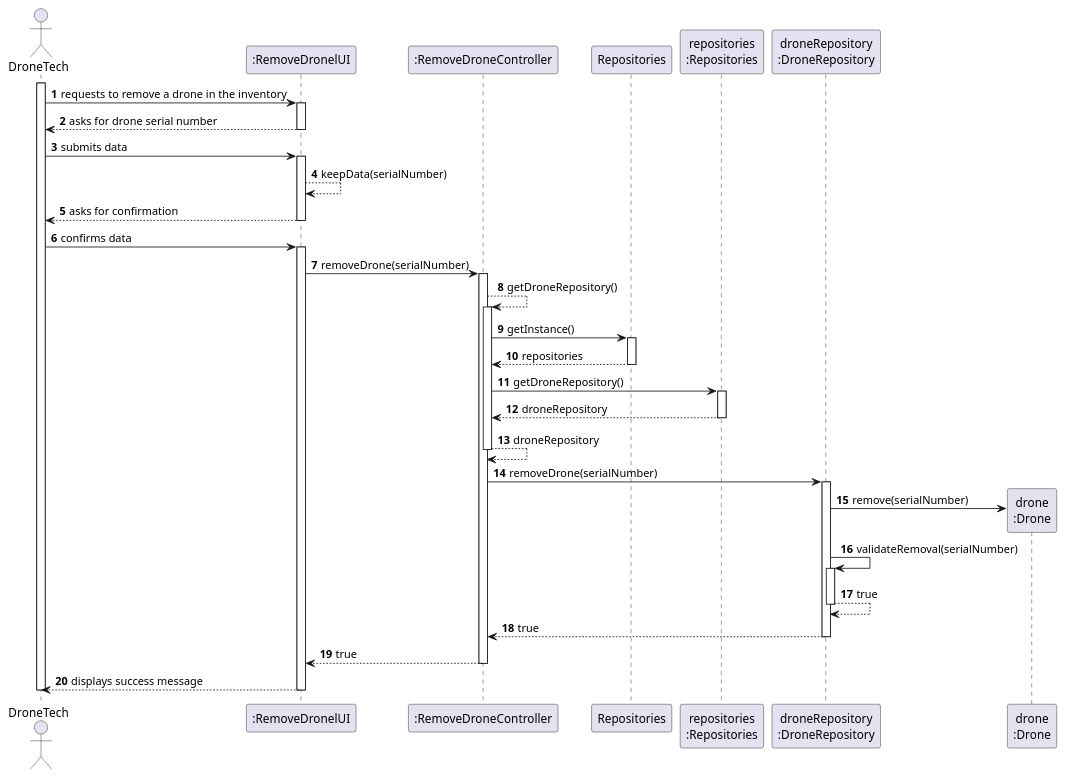
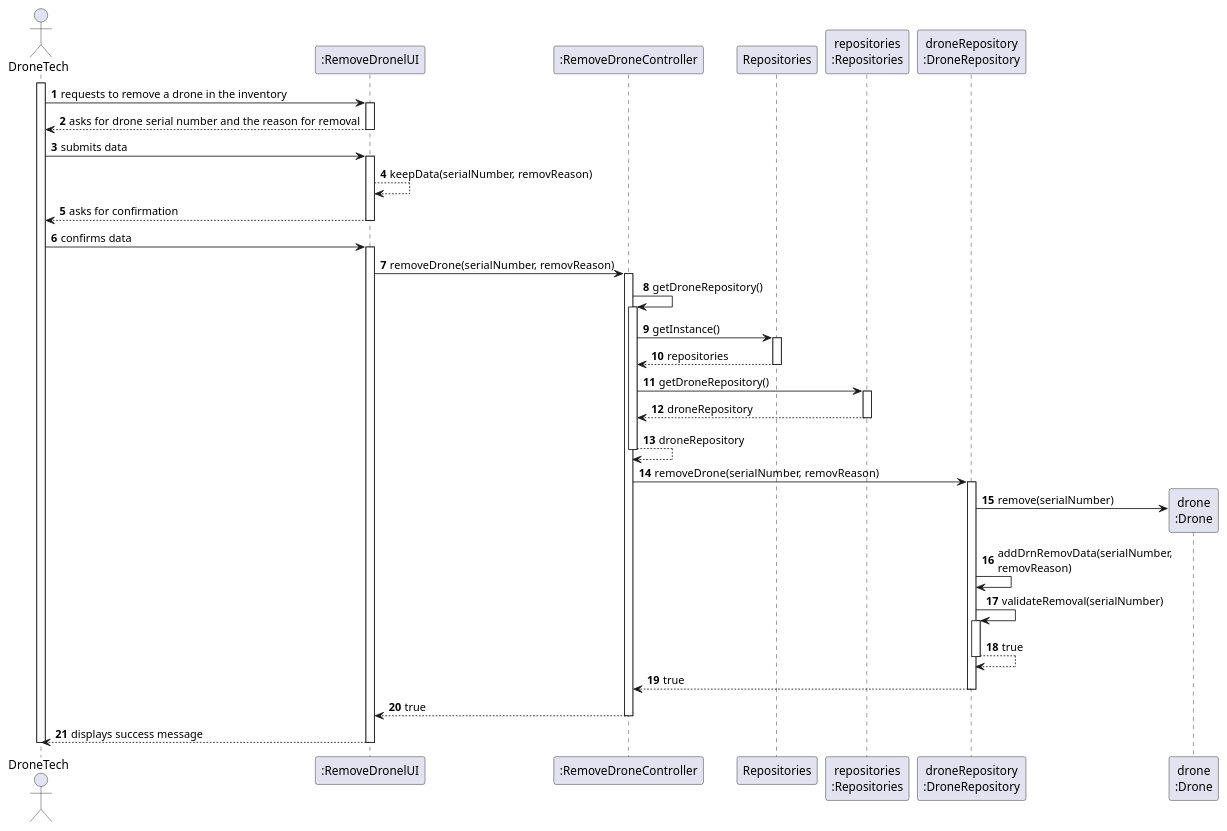
One commit to diogoveirospro/sem4pi-2024-2025-sem4pi_2024_2025_g44 changed the diagram in docs/SPRINT_2/US242/puml/sequence_diagram_us242.puml. Above: the diagram before and after it, drawn with PlantUML. The commit also changed 4 other files, not shown here.

```diff
--- a/docs/SPRINT_2/US242/puml/sequence_diagram_us242.puml
+++ b/docs/SPRINT_2/US242/puml/sequence_diagram_us242.puml
@@ -1,68 +1,68 @@
 @startuml
 'skinparam monochrome
 
 skinparam packageStyle rectangle
 skinparam shadowing false
 
 autonumber
 
 actor "DroneTech" as DT
 participant ":RemoveDronelUI" as UI
 participant ":RemoveDroneController" as CTRL
 participant "Repositories" as REPOS
 participant "repositories\n:Repositories" as REPOS_SINGLETON
 participant "droneRepository\n:DroneRepository" as DRN_REPO
 participant "drone\n:Drone" as DRONE
 
 activate DT
 
 DT -> UI : requests to remove a drone in the inventory
 activate UI
-    UI --> DT : asks for drone serial number
+    UI --> DT : asks for drone serial number and the reason for removal
     deactivate UI
     DT -> UI : submits data
     activate UI
-    UI --> UI : keepData(serialNumber)
+    UI --> UI : keepData(serialNumber, removReason)
     UI --> DT : asks for confirmation
     deactivate UI
     DT -> UI : confirms data
     activate UI
-    UI -> CTRL : removeDrone(serialNumber)
+    UI -> CTRL : removeDrone(serialNumber, removReason)
     activate CTRL
-        CTRL --> CTRL :getDroneRepository()
+        CTRL -> CTRL :getDroneRepository()
         activate CTRL
         CTRL -> REPOS : getInstance()
         activate REPOS
             REPOS --> CTRL : repositories
         deactivate REPOS
 
         CTRL -> REPOS_SINGLETON : getDroneRepository()
         activate REPOS_SINGLETON
             REPOS_SINGLETON --> CTRL : droneRepository
         deactivate REPOS_SINGLETON
         CTRL --> CTRL : droneRepository
 
         deactivate CTRL
-            CTRL -> DRN_REPO : removeDrone(serialNumber)
+            CTRL -> DRN_REPO : removeDrone(serialNumber, removReason)
             activate DRN_REPO
 
         DRN_REPO -> DRONE** : remove(serialNumber)
-        deactivate DRONE
+        DRN_REPO -> DRN_REPO : addDrnRemovData(serialNumber, \nremovReason)
                     DRN_REPO -> DRN_REPO: validateRemoval(serialNumber)
                     activate DRN_REPO
                         DRN_REPO --> DRN_REPO : true
                     deactivate DRN_REPO
 
                     DRN_REPO --> CTRL : true
 
         deactivate DRN_REPO
 
         CTRL --> UI : true
 
     deactivate CTRL
 
 UI --> DT : displays success message
 deactivate UI
 deactivate DT
 
 @enduml
```
